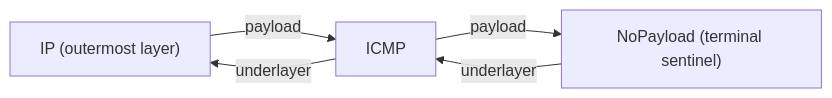
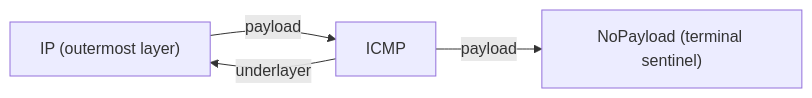
One commit to blitzy-research/scapy changed the diagram in blitzy/documentation/scapy_0925ada48540.md. Above: the diagram before and after it, drawn with Mermaid. The commit also changed other lines of this file, not shown here.

````diff
--- a/blitzy/documentation/scapy_0925ada48540.md
+++ b/blitzy/documentation/scapy_0925ada48540.md
@@ -134,7 +134,6 @@
 ```mermaid
 graph LR
     IP["IP (outermost layer)"] -- "payload" --> ICMP["ICMP"]
     ICMP -- "payload" --> NP["NoPayload (terminal sentinel)"]
     ICMP -- "underlayer" --> IP
-    NP -- "underlayer" --> ICMP
 ```
````
